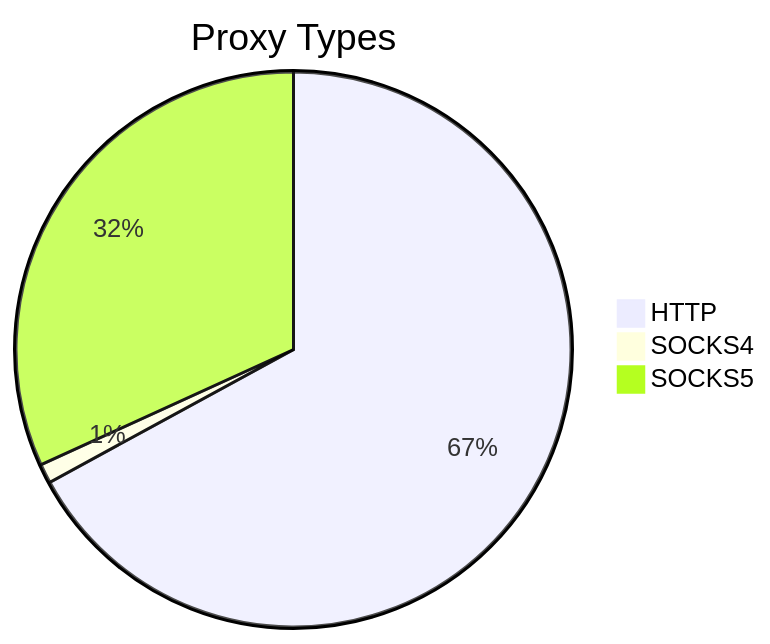
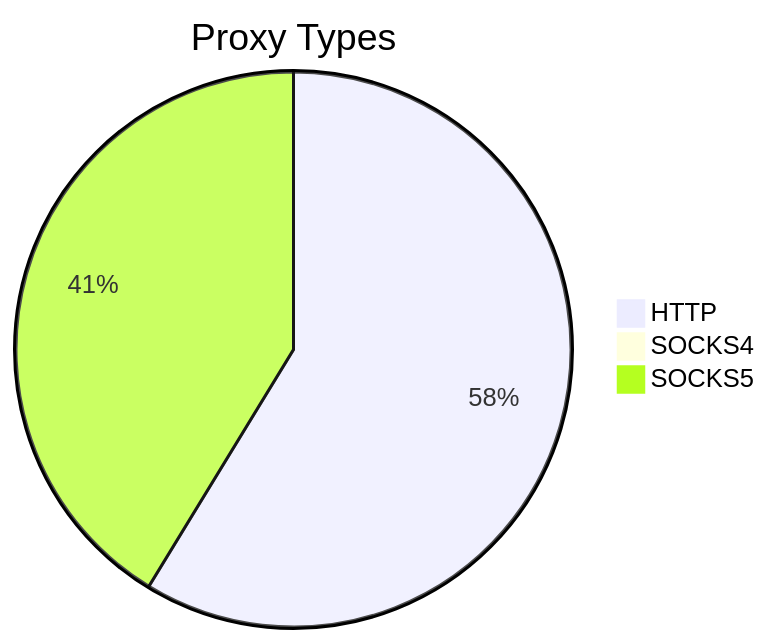
The first of 2 diagrams in README.md (stormsia/proxy-list), drawn with Mermaid before and after one commit. The commit also changed other lines of this file, not shown here.

````diff
--- a/README.md
+++ b/README.md
@@ -21,6 +21,6 @@
 ```mermaid
 pie title Proxy Types
-    "HTTP" : 1545
-    "SOCKS4" : 26
-    "SOCKS5" : 733
+    "HTTP" : 2026
+    "SOCKS4" : 14
+    "SOCKS5" : 1424
 ```
````
